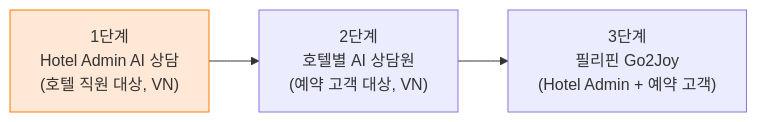
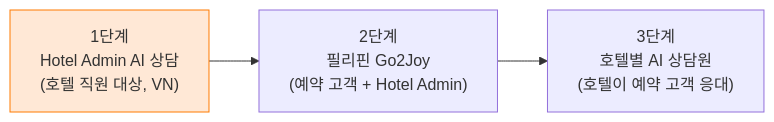
One commit to amoeba-group/btbz-sharp-talk changed the first of 15 diagrams in apps/web/public/manual/go2joy/plan.ko.md. Above: the diagram before and after it, drawn with Mermaid. The commit also changed other lines of this file and 13 other files, not shown here.

First line of the commit message:
docs(manual): Go2Joy 계획서 2·3단계 순서 변경 — 2단계 필리핀, 3단계 호텔별 AI 상담원 (v1.2)

````diff
--- a/apps/web/public/manual/go2joy/plan.ko.md
+++ b/apps/web/public/manual/go2joy/plan.ko.md
@@ -86,5 +88,5 @@
 ```mermaid
 flowchart LR
-  S1["1단계<br/>Hotel Admin AI 상담<br/>(호텔 직원 대상, VN)"] --> S2["2단계<br/>호텔별 AI 상담원<br/>(예약 고객 대상, VN)"] --> S3["3단계<br/>필리핀 Go2Joy<br/>(Hotel Admin + 예약 고객)"]
+  S1["1단계<br/>Hotel Admin AI 상담<br/>(호텔 직원 대상, VN)"] --> S2["2단계<br/>필리핀 Go2Joy<br/>(예약 고객 + Hotel Admin)"] --> S3["3단계<br/>호텔별 AI 상담원<br/>(호텔이 예약 고객 응대)"]
   style S1 fill:#ffe8d6,stroke:#ff7a00
 ```
````
